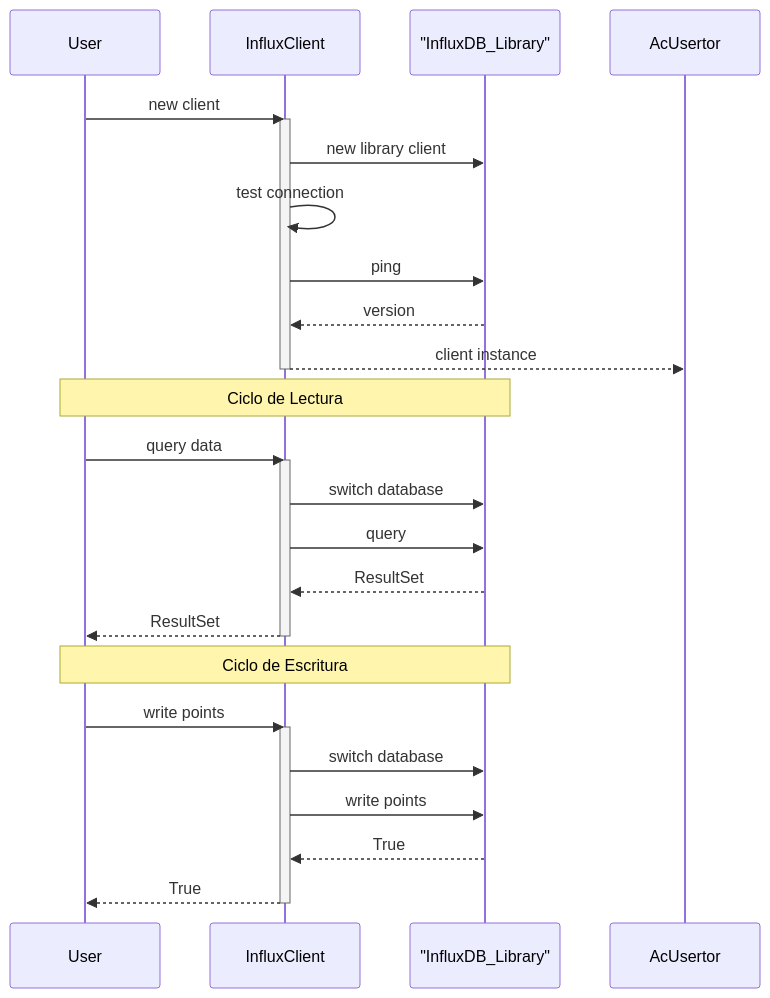
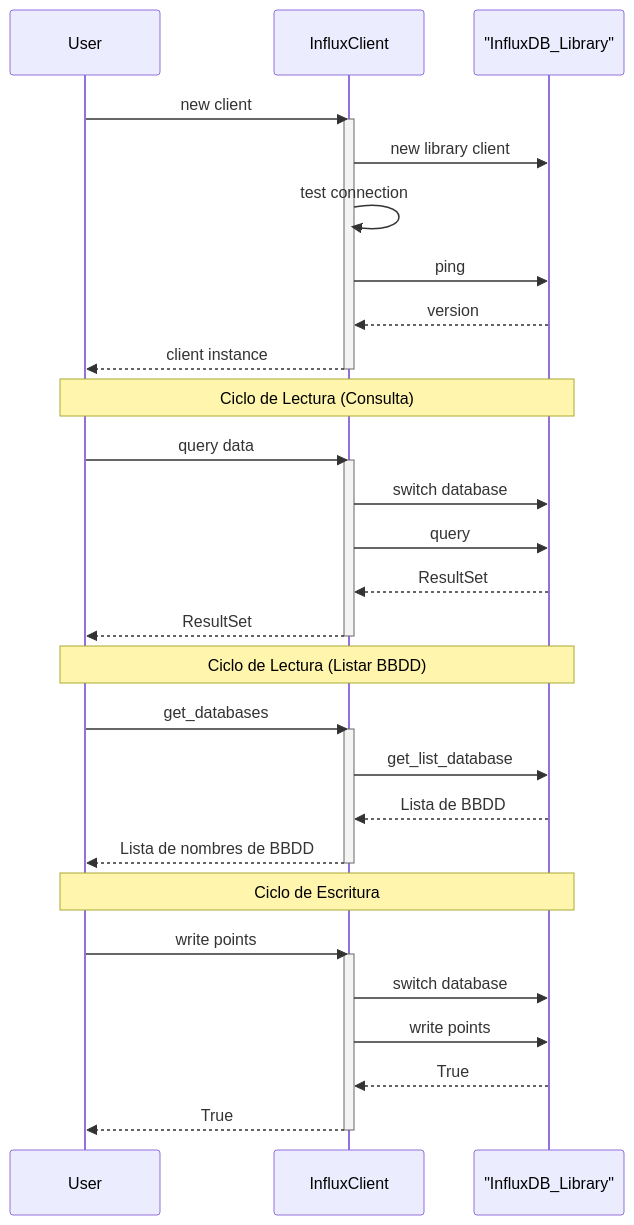
The fifth of 6 diagrams in docker/backup_influxdb/src/README.md (TacoronteRiveroCristian/SysAdminToolkit), drawn with Mermaid before and after one commit. The commit also changed other lines of this file and 5 other files, not shown here.

Commit message:
feat: enhance InfluxDB backup functionality to support automatic database retrieval and configurable naming conventions with prefix/suffix

````diff
--- a/docker/backup_influxdb/src/README.md
+++ b/docker/backup_influxdb/src/README.md
@@ -251,33 +227,41 @@
 ```mermaid
 sequenceDiagram
     participant User
     participant InfluxClient
     participant IDBL as "InfluxDB_Library"
 
     User->>InfluxClient: new client
     activate InfluxClient
     InfluxClient->>IDBL: new library client
     InfluxClient->>InfluxClient: test connection
     InfluxClient->>IDBL: ping
     IDBL-->>InfluxClient: version
-    InfluxClient-->>AcUsertor: client instance
+    InfluxClient-->>User: client instance
     deactivate InfluxClient
 
-    Note over User, IDBL: Ciclo de Lectura
+    Note over User, IDBL: Ciclo de Lectura (Consulta)
     User->>InfluxClient: query data
     activate InfluxClient
     InfluxClient->>IDBL: switch database
     InfluxClient->>IDBL: query
     IDBL-->>InfluxClient: ResultSet
     InfluxClient-->>User: ResultSet
+    deactivate InfluxClient
+
+    Note over User, IDBL: Ciclo de Lectura (Listar BBDD)
+    User->>InfluxClient: get_databases
+    activate InfluxClient
+    InfluxClient->>IDBL: get_list_database
+    IDBL-->>InfluxClient: Lista de BBDD
+    InfluxClient-->>User: Lista de nombres de BBDD
     deactivate InfluxClient
 
     Note over User, IDBL: Ciclo de Escritura
     User->>InfluxClient: write points
     activate InfluxClient
     InfluxClient->>IDBL: switch database
     InfluxClient->>IDBL: write points
     IDBL-->>InfluxClient: True
     InfluxClient-->>User: True
     deactivate InfluxClient
 ```
````
